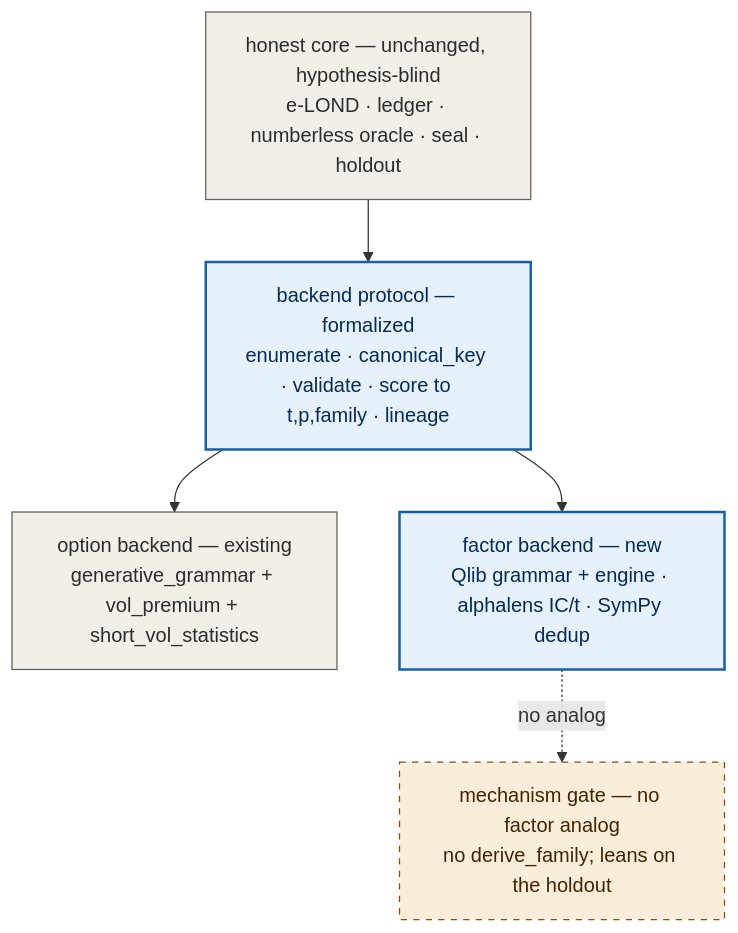
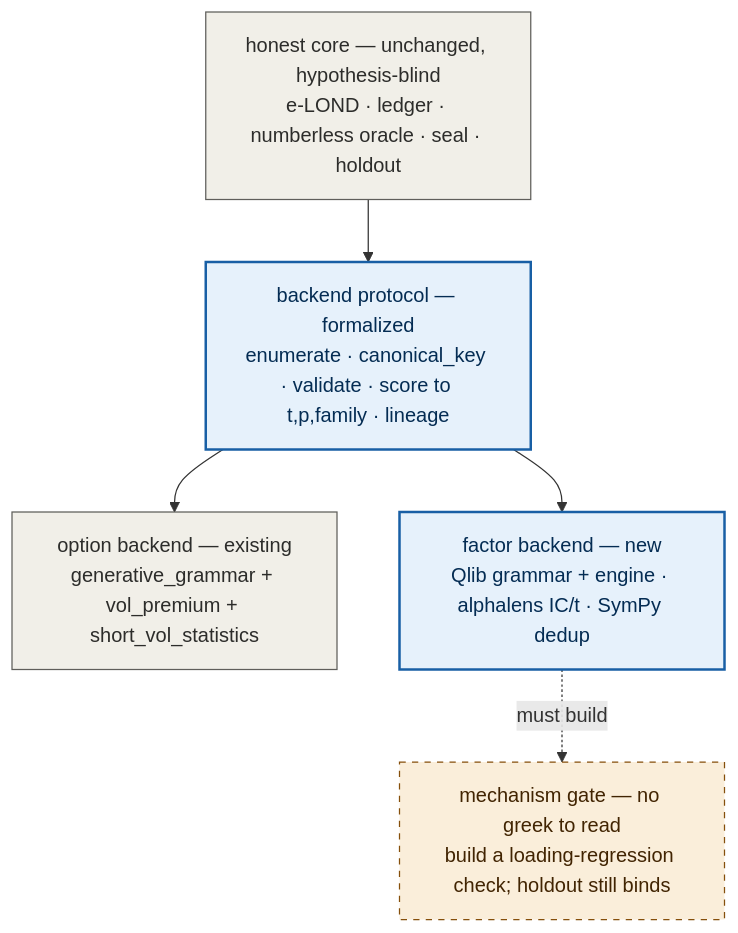
The first of 2 diagrams in docs/integration_plan.md (l3a0/trading-strategies), drawn with Mermaid before and after one commit. The commit also changed other lines of this file, not shown here.

First line of the commit message:
docs(integration): fold the mechanism-gate lessons into the plan

````diff
--- a/docs/integration_plan.md
+++ b/docs/integration_plan.md
@@ -78,15 +78,15 @@
 ```mermaid
 flowchart TB
     HC["honest core — unchanged, hypothesis-blind<br/>e-LOND · ledger · numberless oracle · seal · holdout"]:::keep
     PR["backend protocol — formalized<br/>enumerate · canonical_key · validate · score to t,p,family · lineage"]:::new
     OB["option backend — existing<br/>generative_grammar + vol_premium + short_vol_statistics"]:::keep
     FB["factor backend — new<br/>Qlib grammar + engine · alphalens IC/t · SymPy dedup"]:::new
-    GAP["mechanism gate — no factor analog<br/>no derive_family; leans on the holdout"]:::gap
+    GAP["mechanism gate — no greek to read<br/>build a loading-regression check; holdout still binds"]:::gap
     HC --> PR
     PR --> OB
     PR --> FB
-    FB -. no analog .-> GAP
+    FB -. must build .-> GAP
     classDef keep fill:#f1efe8,stroke:#5f5e5a,color:#2c2c2a
     classDef new fill:#e6f1fb,stroke:#185fa5,stroke-width:2px,color:#042c53
     classDef gap fill:#faeeda,stroke:#854f0b,stroke-dasharray:5,color:#412402
 ```
````
